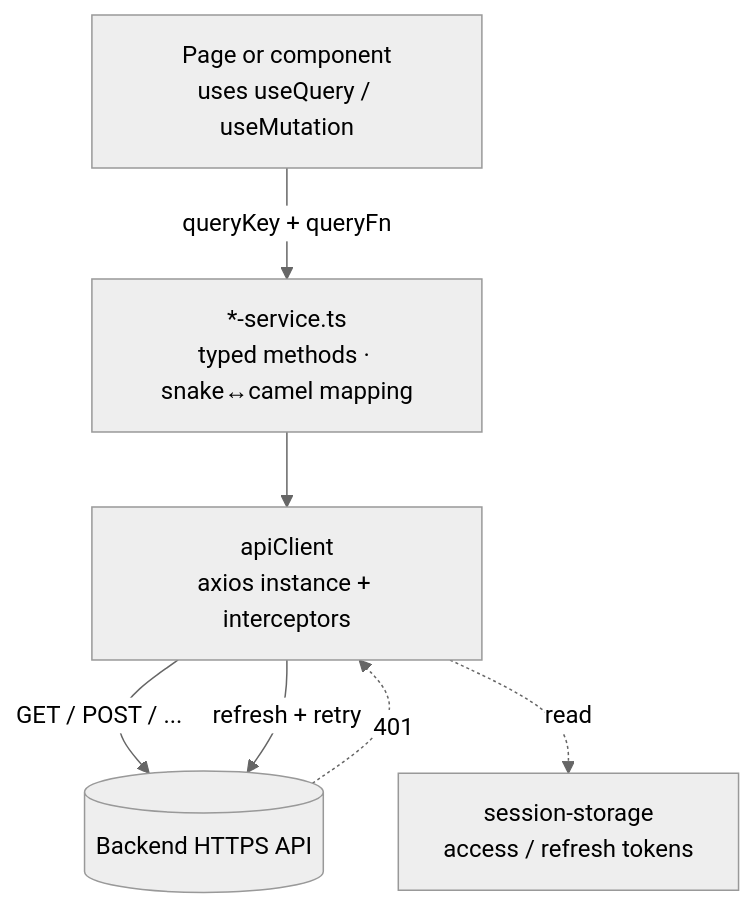
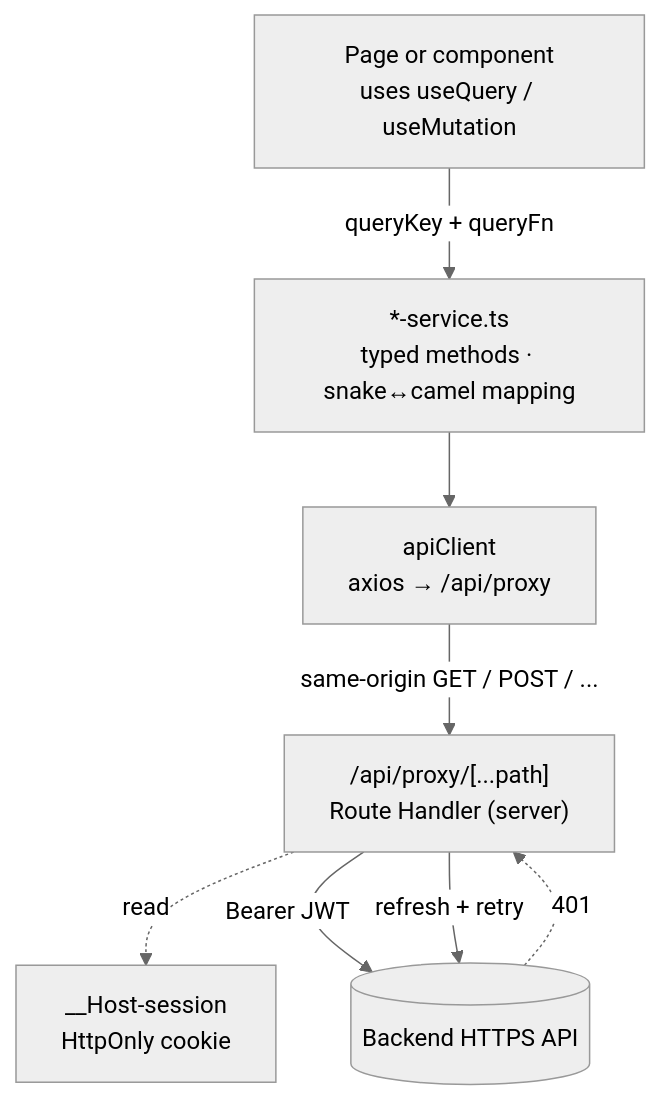
One commit to blacheinc/payswitch-cs-frontend changed the diagram in docs/data-flow.md. Above: the diagram before and after it, drawn with Mermaid (neutral theme). The commit also changed other lines of this file and 42 other files, not shown here.

````diff
--- a/docs/data-flow.md
+++ b/docs/data-flow.md
@@ -9,15 +9,17 @@
 ```mermaid
 flowchart TB
     Page[Page or component<br/>uses useQuery / useMutation]
     Service["*-service.ts<br/>typed methods · snake↔camel mapping"]
-    Client[apiClient<br/>axios instance + interceptors]
-    Storage[session-storage<br/>access / refresh tokens]
+    Client[apiClient<br/>axios → /api/proxy]
+    Proxy["/api/proxy/[...path]<br/>Route Handler (server)"]
+    Cookie[__Host-session<br/>HttpOnly cookie]
     API[(Backend HTTPS API)]
 
     Page -->|queryKey + queryFn| Service
     Service --> Client
-    Client -->|GET / POST / ...| API
-    Client -.read.-> Storage
-    API -.401.-> Client
-    Client -->|refresh + retry| API
+    Client -->|same-origin GET / POST / ...| Proxy
+    Proxy -.read.-> Cookie
+    Proxy -->|Bearer JWT| API
+    API -.401.-> Proxy
+    Proxy -->|refresh + retry| API
 ```
````
